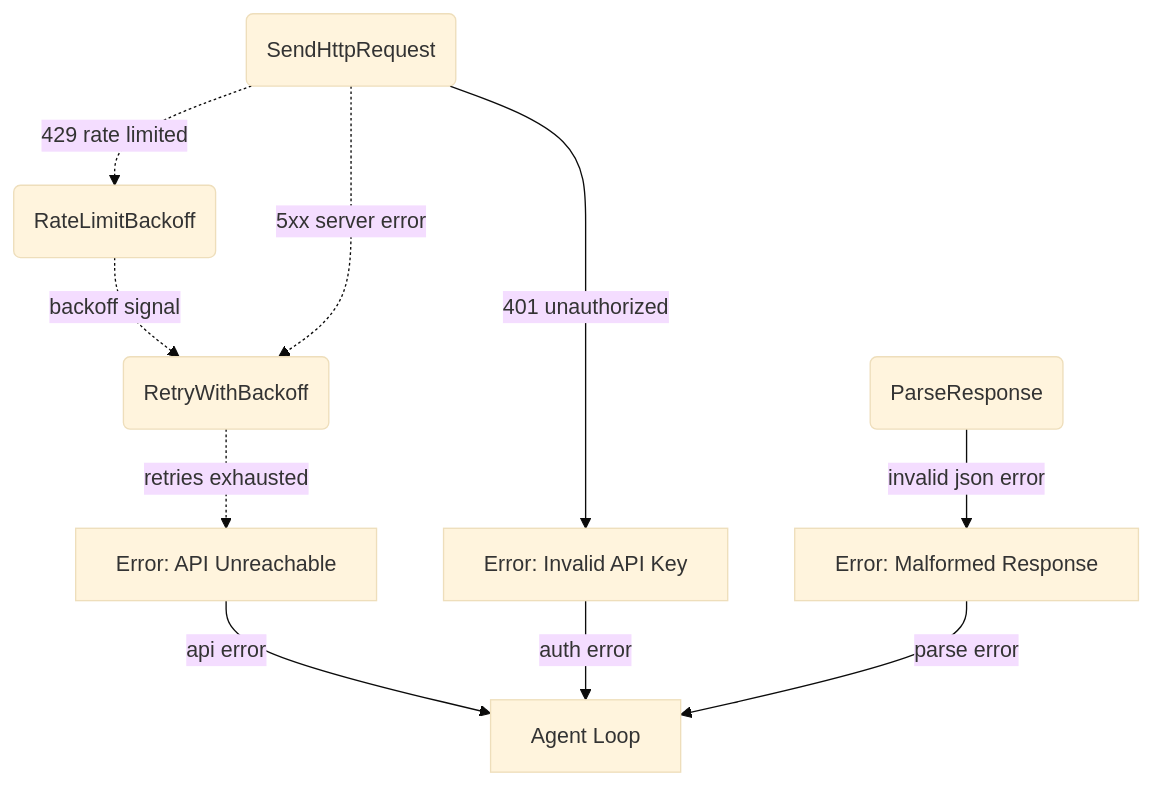
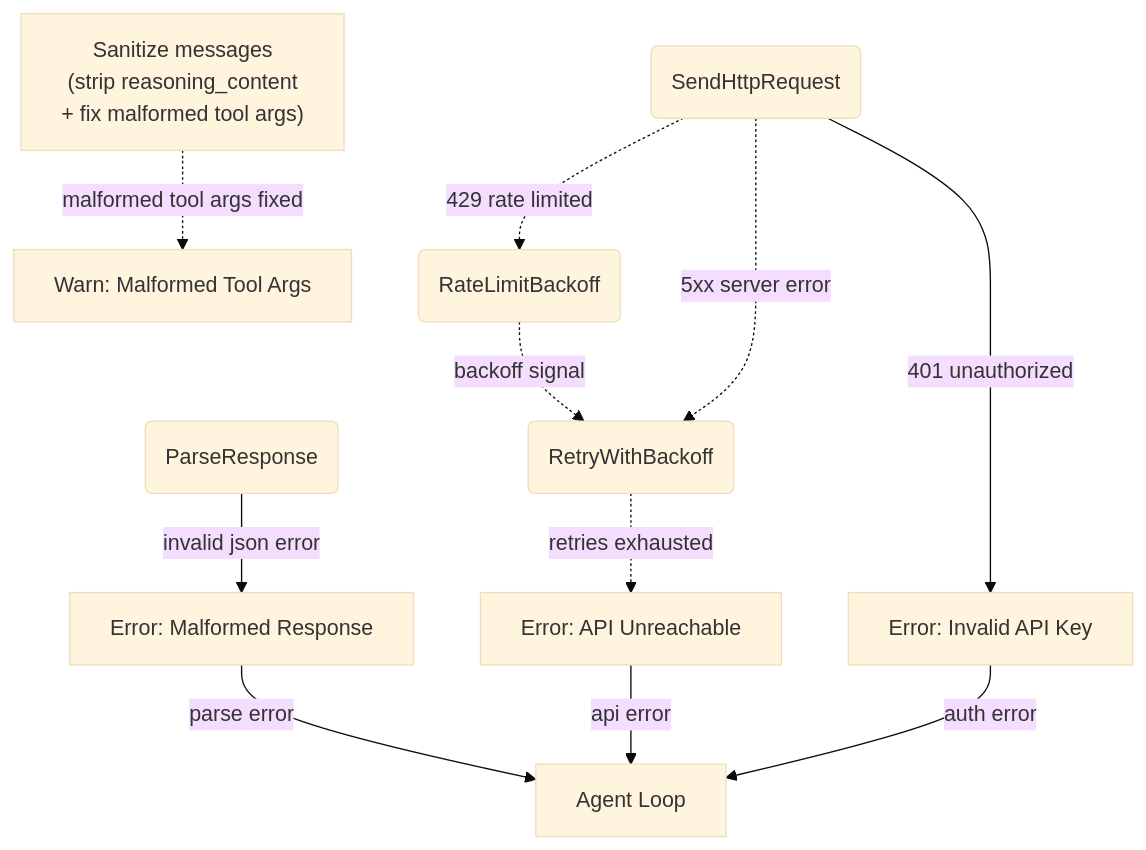
One commit to cosmoswafer/rockbot changed the second of 3 diagrams in _dfds/base/ai-provider.md. Above: the diagram before and after it, drawn with Mermaid (base theme). The commit also changed other lines of this file and 13 other files, not shown here.

````diff
--- a/_dfds/base/ai-provider.md
+++ b/_dfds/base/ai-provider.md
@@ -44,21 +44,24 @@
 ```mermaid
 flowchart TD
     HTTP(SendHttpRequest)
     PARSE(ParseResponse)
     RATE(RateLimitBackoff)
     RETRY(RetryWithBackoff)
     ERR_API[Error: API Unreachable]
     ERR_PARSE[Error: Malformed Response]
     ERR_AUTH[Error: Invalid API Key]
     AGENT[Agent Loop]
+    SANITIZE["Sanitize messages<br/>(strip reasoning_content<br/>+ fix malformed tool args)"]
+    WARN[Warn: Malformed Tool Args]
 
     HTTP -.->|"429 rate limited"| RATE
     RATE -.->|"backoff signal"| RETRY
     HTTP -.->|"5xx server error"| RETRY
     RETRY -.->|"retries exhausted"| ERR_API
     HTTP -->|"401 unauthorized"| ERR_AUTH
     PARSE -->|"invalid json error"| ERR_PARSE
     ERR_API -->|"api error"| AGENT
     ERR_AUTH -->|"auth error"| AGENT
     ERR_PARSE -->|"parse error"| AGENT
+    SANITIZE -.->|"malformed tool args fixed"| WARN
 ```
````
